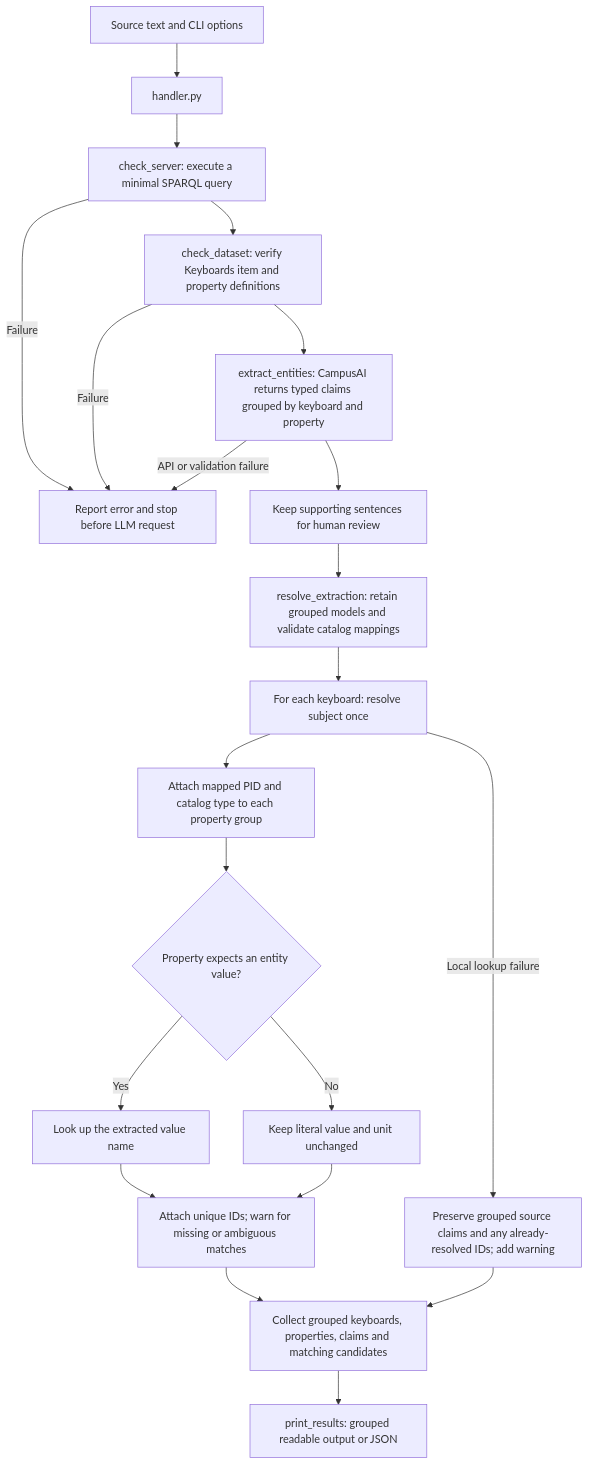
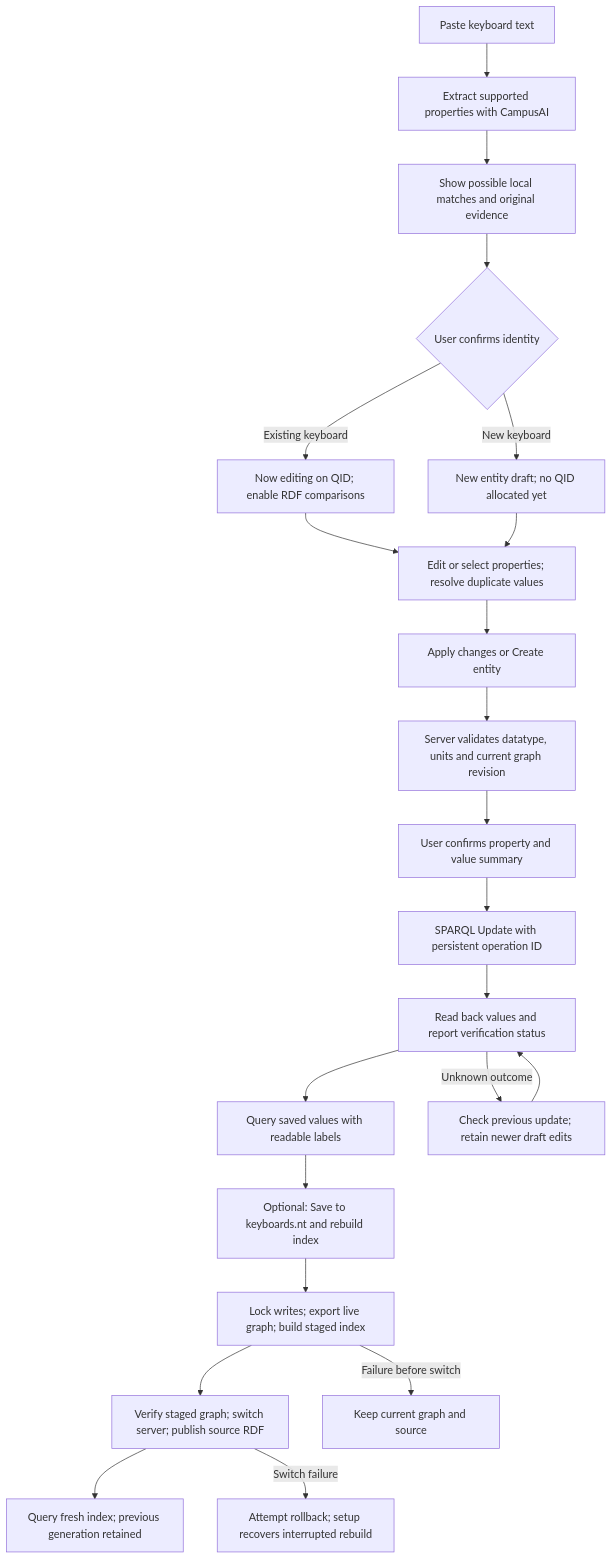
One commit to hawks23/anywikia changed the first of 3 diagrams in workflow.md. Above: the diagram before and after it, drawn with Mermaid. The commit also changed other lines of this file and 6 other files, not shown here.

First line of the commit message:
Document setup, review workflows, and RDF persistence

````diff
--- a/workflow.md
+++ b/workflow.md
@@ -6,23 +8,24 @@
 ```mermaid
 flowchart TD
-    A[Source text and CLI options] --> B[handler.py]
-    B --> C[check_server: execute a minimal SPARQL query]
-    C --> D[check_dataset: verify Keyboards item and property definitions]
-    C -- Failure --> Z[Report error and stop before LLM request]
-    D -- Failure --> Z
-    D --> E[extract_entities: CampusAI returns typed claims grouped by keyboard and property]
-    E --> F[Keep supporting sentences for human review]
-    E -- API or validation failure --> Z
-    F --> P[resolve_extraction: retain grouped models and validate catalog mappings]
-    P --> G[For each keyboard: resolve subject once]
-    G --> H[Attach mapped PID and catalog type to each property group]
-    H --> I{Property expects an entity value?}
-    I -- Yes --> J[Look up the extracted value name]
-    I -- No --> K[Keep literal value and unit unchanged]
-    J --> L[Attach unique IDs; warn for missing or ambiguous matches]
-    K --> L
-    G -- Local lookup failure --> M[Preserve grouped source claims and any already-resolved IDs; add warning]
-    L --> N[Collect grouped keyboards, properties, claims and matching candidates]
-    M --> N
-    N --> O[print_results: grouped readable output or JSON]
+    A[Paste keyboard text] --> B[Extract supported properties with CampusAI]
+    B --> C[Show possible local matches and original evidence]
+    C --> D{User confirms identity}
+    D -->|Existing keyboard| E[Now editing on QID; enable RDF comparisons]
+    D -->|New keyboard| F[New entity draft; no QID allocated yet]
+    E --> G[Edit or select properties; resolve duplicate values]
+    F --> G
+    G --> H[Apply changes or Create entity]
+    H --> I[Server validates datatype, units and current graph revision]
+    I --> J[User confirms property and value summary]
+    J --> K[SPARQL Update with persistent operation ID]
+    K --> L[Read back values and report verification status]
+    L --> M[Query saved values with readable labels]
+    L -->|Unknown outcome| R[Check previous update; retain newer draft edits]
+    R --> L
+    M --> N[Optional: Save to keyboards.nt and rebuild index]
+    N --> O[Lock writes; export live graph; build staged index]
+    O --> P[Verify staged graph; switch server; publish source RDF]
+    P --> Q[Query fresh index; previous generation retained]
+    O -->|Failure before switch| S[Keep current graph and source]
+    P -->|Switch failure| T[Attempt rollback; setup recovers interrupted rebuild]
 ```
````
